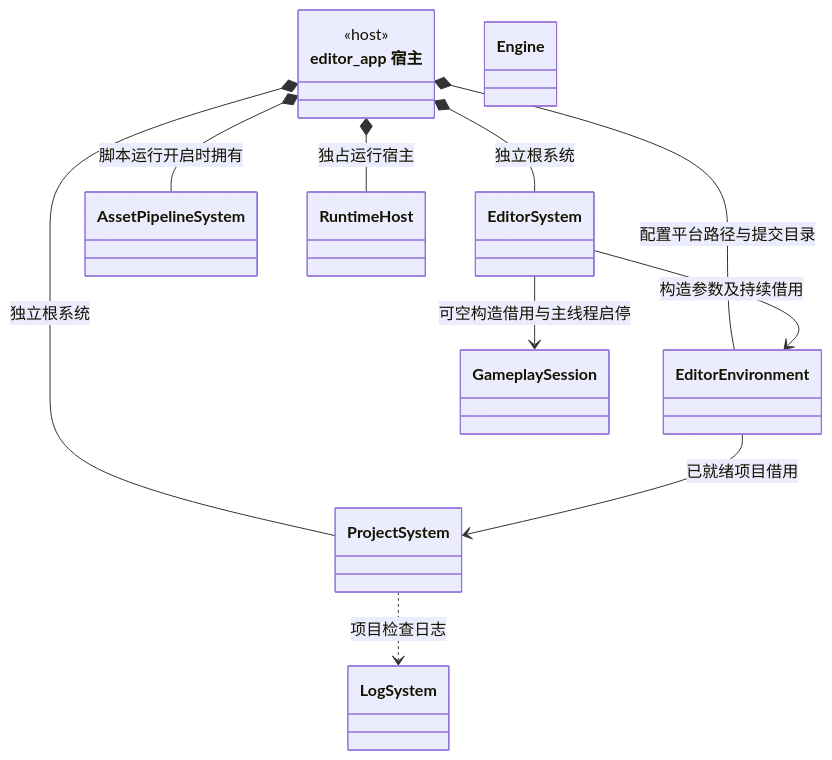
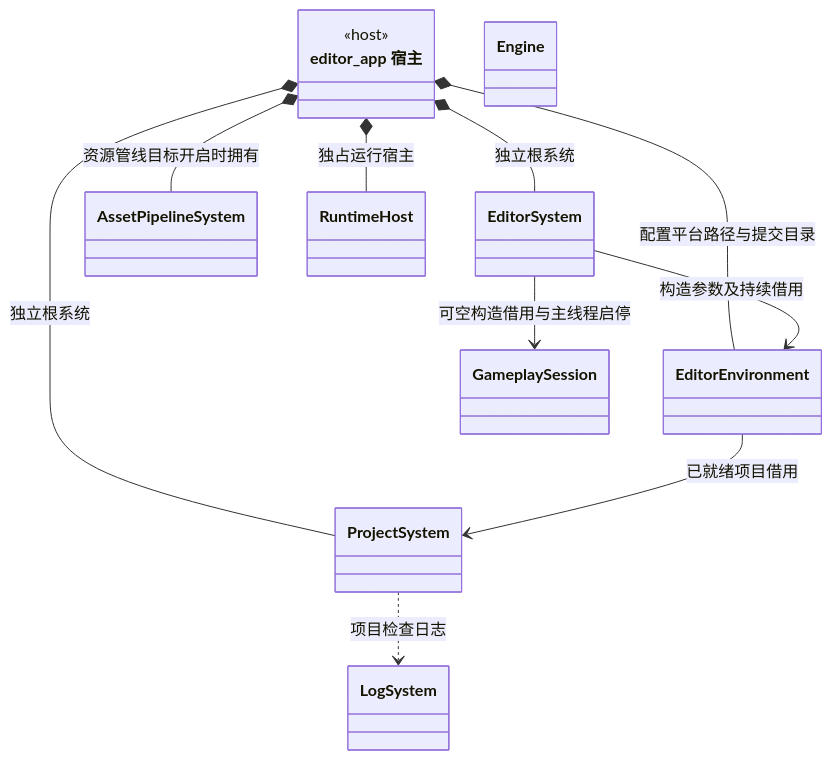
One commit to lcals/Engine changed the seventh of 30 diagrams in docs/class-diagrams/references.md. Above: the diagram before and after it, drawn with Mermaid. The commit also changed other lines of this file and 199 other files, not shown here.

````diff
--- a/docs/class-diagrams/references.md
+++ b/docs/class-diagrams/references.md
@@ -199,22 +199,22 @@
 ```mermaid
 classDiagram
     direction TB
     class EditorHost["editor_app 宿主"] {
         <<host>>
     }
     class ProjectSystem
     class EditorSystem
     class AssetPipelineSystem
     class Engine
     class LogSystem
     EditorHost *-- ProjectSystem : 独立根系统
     EditorHost *-- EditorSystem : 独立根系统
-    EditorHost *-- AssetPipelineSystem : 脚本运行开启时拥有
+    EditorHost *-- AssetPipelineSystem : 资源管线目标开启时拥有
     class EditorEnvironment
     EditorHost *-- EditorEnvironment : 配置平台路径与提交目录
     EditorEnvironment --> ProjectSystem : 已就绪项目借用
     EditorSystem --> EditorEnvironment : 构造参数及持续借用
     EditorSystem --> GameplaySession : 可空构造借用与主线程启停
     ProjectSystem ..> LogSystem : 项目检查日志
     EditorHost *-- RuntimeHost : 独占运行宿主
 ```
````
